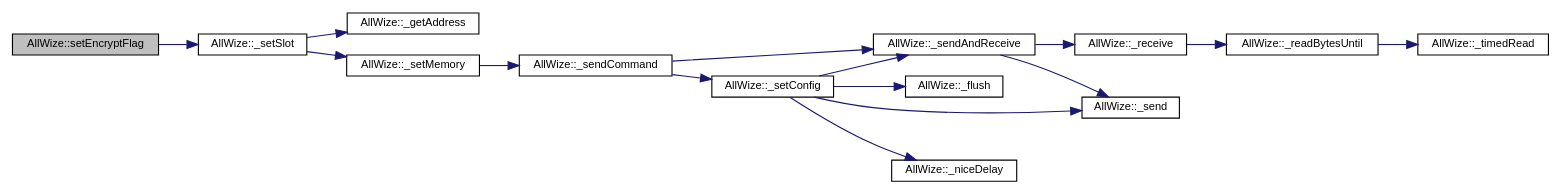
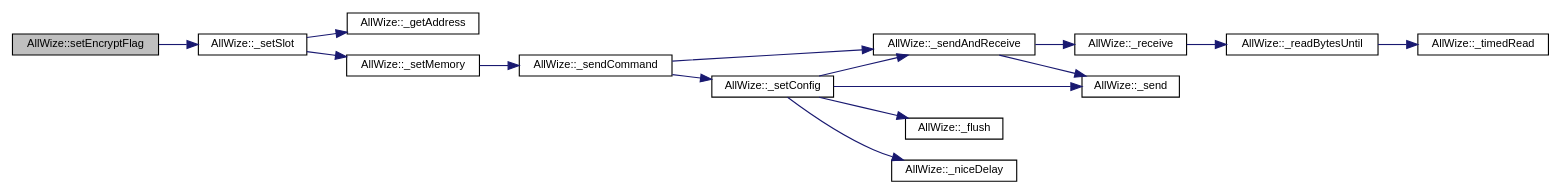
One commit to AllWize/allwize changed the diagram in docs/classAllWize_acf4efed5e28aff4ad476b9258c842c99_cgraph.dot. Above: the diagram before and after it, drawn with Graphviz. The commit also changed 1467 other files, not shown here.

```diff
--- a/docs/classAllWize_acf4efed5e28aff4ad476b9258c842c99_cgraph.dot
+++ b/docs/classAllWize_acf4efed5e28aff4ad476b9258c842c99_cgraph.dot
@@ -1,33 +1,34 @@
 digraph "AllWize::setEncryptFlag"
 {
+ // LATEX_PDF_SIZE
   edge [fontname="Helvetica",fontsize="10",labelfontname="Helvetica",labelfontsize="10"];
   node [fontname="Helvetica",fontsize="10",shape=record];
   rankdir="LR";
-  Node1447 [label="AllWize::setEncryptFlag",height=0.2,width=0.4,color="black", fillcolor="grey75", style="filled", fontcolor="black"];
-  Node1447 -> Node1448 [color="midnightblue",fontsize="10",style="solid",fontname="Helvetica"];
-  Node1448 [label="AllWize::_setSlot",height=0.2,width=0.4,color="black", fillcolor="white", style="filled",URL="$classAllWize.html#a594ee81885697cfe4dde313e2d3f6731",tooltip="Sets non-volatile memory contents starting from given address. "];
-  Node1448 -> Node1449 [color="midnightblue",fontsize="10",style="solid",fontname="Helvetica"];
-  Node1449 [label="AllWize::_getAddress",height=0.2,width=0.4,color="black", fillcolor="white", style="filled",URL="$classAllWize.html#a15521b383a1cf20ac9e7adf6bc90b792",tooltip="Return the physical memory address for the given slot. "];
-  Node1448 -> Node1450 [color="midnightblue",fontsize="10",style="solid",fontname="Helvetica"];
-  Node1450 [label="AllWize::_setMemory",height=0.2,width=0.4,color="black", fillcolor="white", style="filled",URL="$classAllWize.html#a1ea5bba23570f50e5326108f31c00050",tooltip="Sets non-volatile memory contents starting from given address. "];
-  Node1450 -> Node1451 [color="midnightblue",fontsize="10",style="solid",fontname="Helvetica"];
-  Node1451 [label="AllWize::_sendCommand",height=0.2,width=0.4,color="black", fillcolor="white", style="filled",URL="$classAllWize.html#aa396ffb4a719730440575425c981adef",tooltip="Sends a command with the given data. "];
-  Node1451 -> Node1452 [color="midnightblue",fontsize="10",style="solid",fontname="Helvetica"];
-  Node1452 [label="AllWize::_setConfig",height=0.2,width=0.4,color="black", fillcolor="white", style="filled",URL="$classAllWize.html#a493af0599b973f713192b175000264e6",tooltip="Sets or unsets config mode. "];
-  Node1452 -> Node1453 [color="midnightblue",fontsize="10",style="solid",fontname="Helvetica"];
-  Node1453 [label="AllWize::_flush",height=0.2,width=0.4,color="black", fillcolor="white", style="filled",URL="$classAllWize.html#ace21941ce1a1174ef567c1a269ebf551",tooltip="Flushes the serial line to the module. "];
-  Node1452 -> Node1454 [color="midnightblue",fontsize="10",style="solid",fontname="Helvetica"];
-  Node1454 [label="AllWize::_sendAndReceive",height=0.2,width=0.4,color="black", fillcolor="white", style="filled",URL="$classAllWize.html#af4c575f742b3c2a837058846b83fbfe1",tooltip="Sends a binary buffer and waits for response. Returns the number of bytes received and stored in the ..."];
-  Node1454 -> Node1455 [color="midnightblue",fontsize="10",style="solid",fontname="Helvetica"];
-  Node1455 [label="AllWize::_send",height=0.2,width=0.4,color="black", fillcolor="white", style="filled",URL="$classAllWize.html#ac194cac5fd63b864ef567fb7a51a2ac9",tooltip="Sends a binary buffer to the module UART. Returns the number of bytes actually sent. "];
-  Node1454 -> Node1456 [color="midnightblue",fontsize="10",style="solid",fontname="Helvetica"];
-  Node1456 [label="AllWize::_receive",height=0.2,width=0.4,color="black", fillcolor="white", style="filled",URL="$classAllWize.html#a197c8bd0c47789acefd4e360ca697feb",tooltip="Listens to incoming data from the module until timeout or END_OF_RESPONSE. "];
-  Node1456 -> Node1457 [color="midnightblue",fontsize="10",style="solid",fontname="Helvetica"];
-  Node1457 [label="AllWize::_readBytesUntil",height=0.2,width=0.4,color="black", fillcolor="white", style="filled",URL="$classAllWize.html#a3cdbc480293b0e3c24107c549b485d5c",tooltip="Reads the stream buffer up to a certain char or times out. "];
-  Node1457 -> Node1458 [color="midnightblue",fontsize="10",style="solid",fontname="Helvetica"];
-  Node1458 [label="AllWize::_timedRead",height=0.2,width=0.4,color="black", fillcolor="white", style="filled",URL="$classAllWize.html#ac33ba05cebc3de22babb477922a07eaf",tooltip="Reads a byte from the stream with a timeout. "];
-  Node1452 -> Node1455 [color="midnightblue",fontsize="10",style="solid",fontname="Helvetica"];
-  Node1452 -> Node1459 [color="midnightblue",fontsize="10",style="solid",fontname="Helvetica"];
-  Node1459 [label="AllWize::_niceDelay",height=0.2,width=0.4,color="black", fillcolor="white", style="filled",URL="$classAllWize.html#afeed45d2a47e184092d6dcd64c22fb72",tooltip="Does a non-blocking delay. "];
-  Node1451 -> Node1454 [color="midnightblue",fontsize="10",style="solid",fontname="Helvetica"];
+  Node1 [label="AllWize::setEncryptFlag",height=0.2,width=0.4,color="black", fillcolor="grey75", style="filled", fontcolor="black",tooltip="Sets the encrypt flag setting."];
+  Node1 -> Node2 [color="midnightblue",fontsize="10",style="solid",fontname="Helvetica"];
+  Node2 [label="AllWize::_setSlot",height=0.2,width=0.4,color="black", fillcolor="white", style="filled",URL="$classAllWize.html#a594ee81885697cfe4dde313e2d3f6731",tooltip="Sets non-volatile memory contents starting from given address."];
+  Node2 -> Node3 [color="midnightblue",fontsize="10",style="solid",fontname="Helvetica"];
+  Node3 [label="AllWize::_getAddress",height=0.2,width=0.4,color="black", fillcolor="white", style="filled",URL="$classAllWize.html#a15521b383a1cf20ac9e7adf6bc90b792",tooltip="Return the physical memory address for the given slot."];
+  Node2 -> Node4 [color="midnightblue",fontsize="10",style="solid",fontname="Helvetica"];
+  Node4 [label="AllWize::_setMemory",height=0.2,width=0.4,color="black", fillcolor="white", style="filled",URL="$classAllWize.html#a1ea5bba23570f50e5326108f31c00050",tooltip="Sets non-volatile memory contents starting from given address."];
+  Node4 -> Node5 [color="midnightblue",fontsize="10",style="solid",fontname="Helvetica"];
+  Node5 [label="AllWize::_sendCommand",height=0.2,width=0.4,color="black", fillcolor="white", style="filled",URL="$classAllWize.html#aa396ffb4a719730440575425c981adef",tooltip="Sends a command with the given data."];
+  Node5 -> Node6 [color="midnightblue",fontsize="10",style="solid",fontname="Helvetica"];
+  Node6 [label="AllWize::_sendAndReceive",height=0.2,width=0.4,color="black", fillcolor="white", style="filled",URL="$classAllWize.html#af4c575f742b3c2a837058846b83fbfe1",tooltip="Sends a binary buffer and waits for response. Returns the number of bytes received and stored in the ..."];
+  Node6 -> Node7 [color="midnightblue",fontsize="10",style="solid",fontname="Helvetica"];
+  Node7 [label="AllWize::_receive",height=0.2,width=0.4,color="black", fillcolor="white", style="filled",URL="$classAllWize.html#a197c8bd0c47789acefd4e360ca697feb",tooltip="Listens to incoming data from the module until timeout or END_OF_RESPONSE."];
+  Node7 -> Node8 [color="midnightblue",fontsize="10",style="solid",fontname="Helvetica"];
+  Node8 [label="AllWize::_readBytesUntil",height=0.2,width=0.4,color="black", fillcolor="white", style="filled",URL="$classAllWize.html#a3cdbc480293b0e3c24107c549b485d5c",tooltip="Reads the stream buffer up to a certain char or times out."];
+  Node8 -> Node9 [color="midnightblue",fontsize="10",style="solid",fontname="Helvetica"];
+  Node9 [label="AllWize::_timedRead",height=0.2,width=0.4,color="black", fillcolor="white", style="filled",URL="$classAllWize.html#ac33ba05cebc3de22babb477922a07eaf",tooltip="Reads a byte from the stream with a timeout."];
+  Node6 -> Node10 [color="midnightblue",fontsize="10",style="solid",fontname="Helvetica"];
+  Node10 [label="AllWize::_send",height=0.2,width=0.4,color="black", fillcolor="white", style="filled",URL="$classAllWize.html#ac194cac5fd63b864ef567fb7a51a2ac9",tooltip="Sends a binary buffer to the module UART. Returns the number of bytes actually sent."];
+  Node5 -> Node11 [color="midnightblue",fontsize="10",style="solid",fontname="Helvetica"];
+  Node11 [label="AllWize::_setConfig",height=0.2,width=0.4,color="black", fillcolor="white", style="filled",URL="$classAllWize.html#a493af0599b973f713192b175000264e6",tooltip="Sets or unsets config mode."];
+  Node11 -> Node12 [color="midnightblue",fontsize="10",style="solid",fontname="Helvetica"];
+  Node12 [label="AllWize::_flush",height=0.2,width=0.4,color="black", fillcolor="white", style="filled",URL="$classAllWize.html#ace21941ce1a1174ef567c1a269ebf551",tooltip="Flushes the serial line to the module."];
+  Node11 -> Node13 [color="midnightblue",fontsize="10",style="solid",fontname="Helvetica"];
+  Node13 [label="AllWize::_niceDelay",height=0.2,width=0.4,color="black", fillcolor="white", style="filled",URL="$classAllWize.html#afeed45d2a47e184092d6dcd64c22fb72",tooltip="Does a non-blocking delay."];
+  Node11 -> Node10 [color="midnightblue",fontsize="10",style="solid",fontname="Helvetica"];
+  Node11 -> Node6 [color="midnightblue",fontsize="10",style="solid",fontname="Helvetica"];
 }
```
